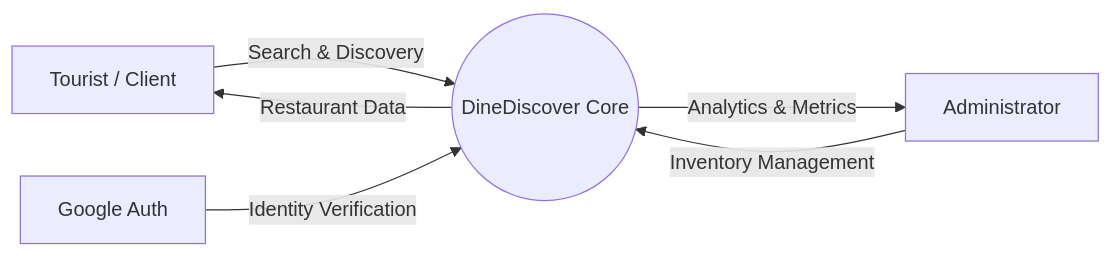
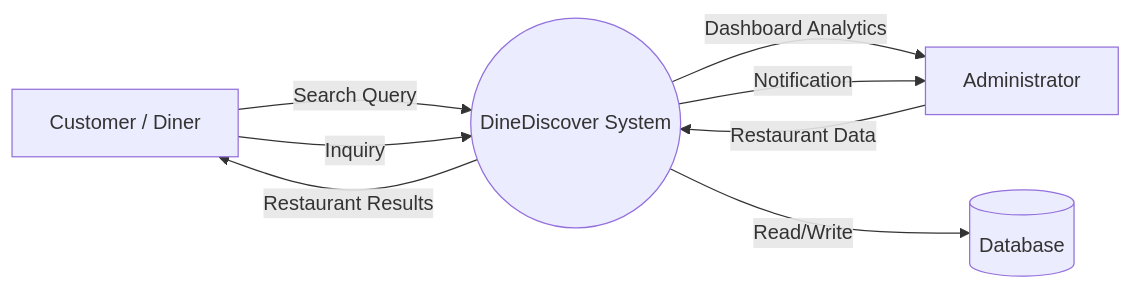
The second of 4 diagrams in SYSTEM_DOCUMENTATION.md (MarkColeMukisa/restaurant-finder-app), drawn with Mermaid before and after one commit. The commit also changed other lines of this file and 14 other files, not shown here.

````diff
--- a/SYSTEM_DOCUMENTATION.md
+++ b/SYSTEM_DOCUMENTATION.md
@@ -71,8 +77,13 @@
 ```mermaid
 graph LR
-    User[Tourist / Client] -- "Search & Discovery" --> System((DineDiscover Core))
-    Admin[Administrator] -- "Inventory Management" --> System
-    System -- "Restaurant Data" --> User
-    System -- "Analytics & Metrics" --> Admin
-    Google[Google Auth] -- "Identity Verification" --> System
+    User[Customer / Diner] -- Search Query --> System((DineDiscover System));
+    System -- Restaurant Results --> User;
+    
+    Admin[Administrator] -- Restaurant Data --> System;
+    System -- Dashboard Analytics --> Admin;
+    
+    User -- Inquiry --> System;
+    System -- Notification --> Admin;
+    
+    System -- Read/Write --> DB[(Database)];
 ```
````
